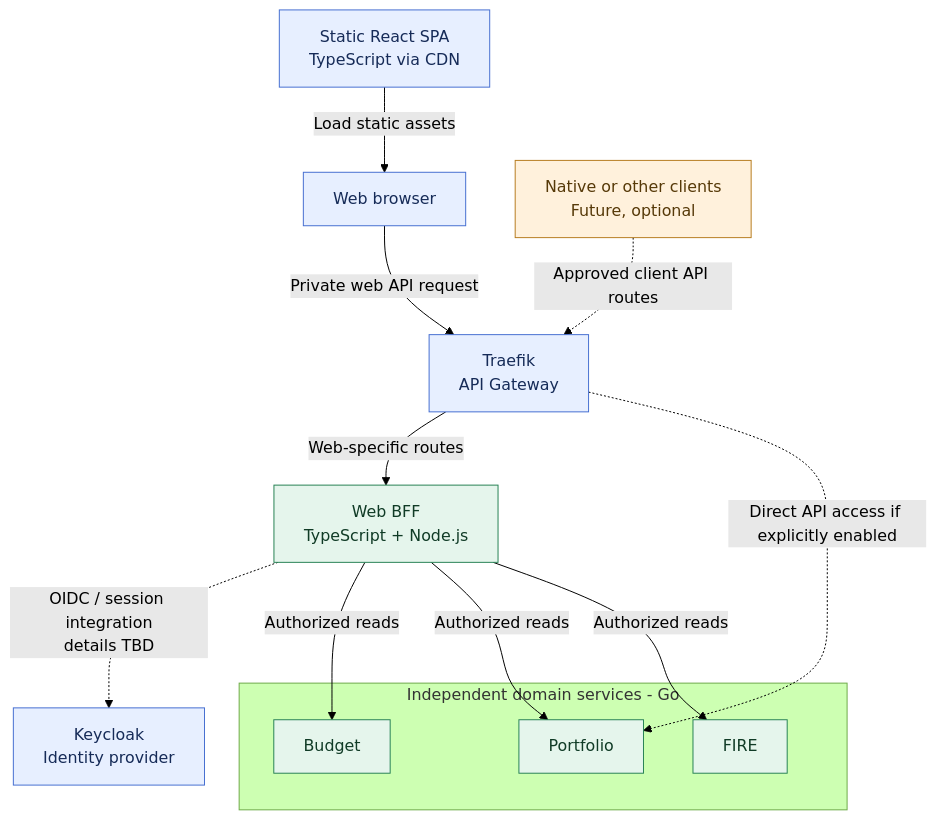
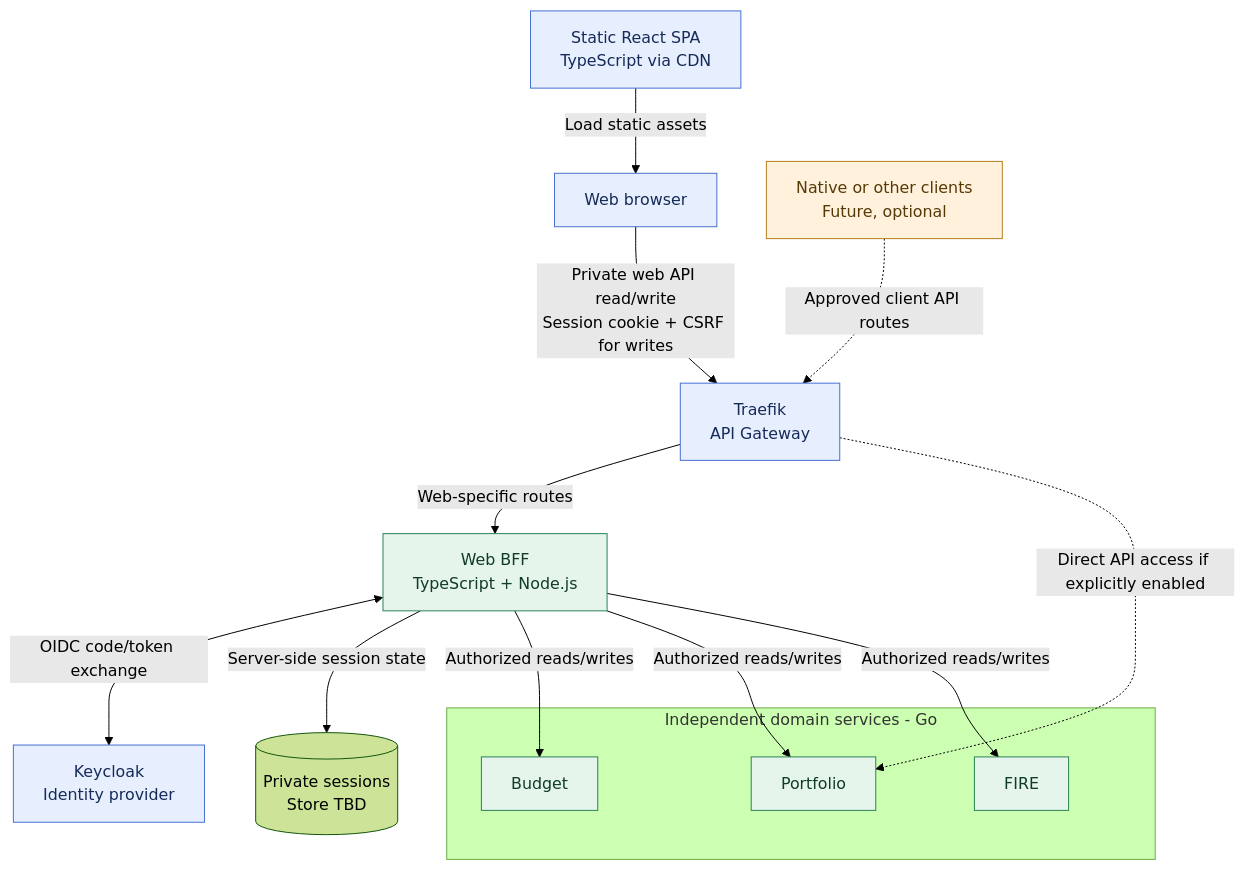
Before and after one commit to anton415/finance-lab: the diagram in docs/architecture/decisions/0012-typescript-web-bff-api-composition.md, drawn with Mermaid (forest theme). The commit also changed other lines of this file and 5 other files, not shown here.

First line of the commit message:
docs(architecture): accept ADR-013 BFF-managed browser sessions

````diff
--- a/docs/architecture/decisions/0012-typescript-web-bff-api-composition.md
+++ b/docs/architecture/decisions/0012-typescript-web-bff-api-composition.md
@@ -25,33 +25,34 @@
 ```mermaid
 flowchart TD
     STATIC["Static React SPA<br/>TypeScript via CDN"]
     BROWSER["Web browser"]
     GW["Traefik<br/>API Gateway"]
     BFF["Web BFF<br/>TypeScript + Node.js"]
     KEY["Keycloak<br/>Identity provider"]
 
     subgraph DOMAIN["Independent domain services - Go"]
         B["Budget"]
         P["Portfolio"]
         F["FIRE"]
     end
 
     FUTURE["Native or other clients<br/>Future, optional"]
 
     STATIC -->|"Load static assets"| BROWSER
-    BROWSER -->|"Private web API request"| GW
+    BROWSER -->|"Private web API read/write<br/>Session cookie + CSRF for writes"| GW
     GW -->|"Web-specific routes"| BFF
-    BFF -.->|"OIDC / session integration<br/>details TBD"| KEY
-    BFF -->|"Authorized reads"| B
-    BFF -->|"Authorized reads"| P
-    BFF -->|"Authorized reads"| F
+    BFF <-->|"OIDC code/token exchange"| KEY
+    BFF -->|"Server-side session state"| SESSION[("Private sessions<br/>Store TBD")]
+    BFF -->|"Authorized reads/writes"| B
+    BFF -->|"Authorized reads/writes"| P
+    BFF -->|"Authorized reads/writes"| F
     FUTURE -.->|"Approved client API routes"| GW
     GW -.->|"Direct API access if explicitly enabled"| P
 
     classDef edge fill:#E7EFFF,stroke:#466FD1,color:#162B58;
     classDef service fill:#E5F5EC,stroke:#278254,color:#103B26;
     classDef optional fill:#FFF1DC,stroke:#B77D20,color:#563908;
     class STATIC,BROWSER,GW,KEY edge;
     class BFF,B,P,F service;
     class FUTURE optional;
 ```
````
